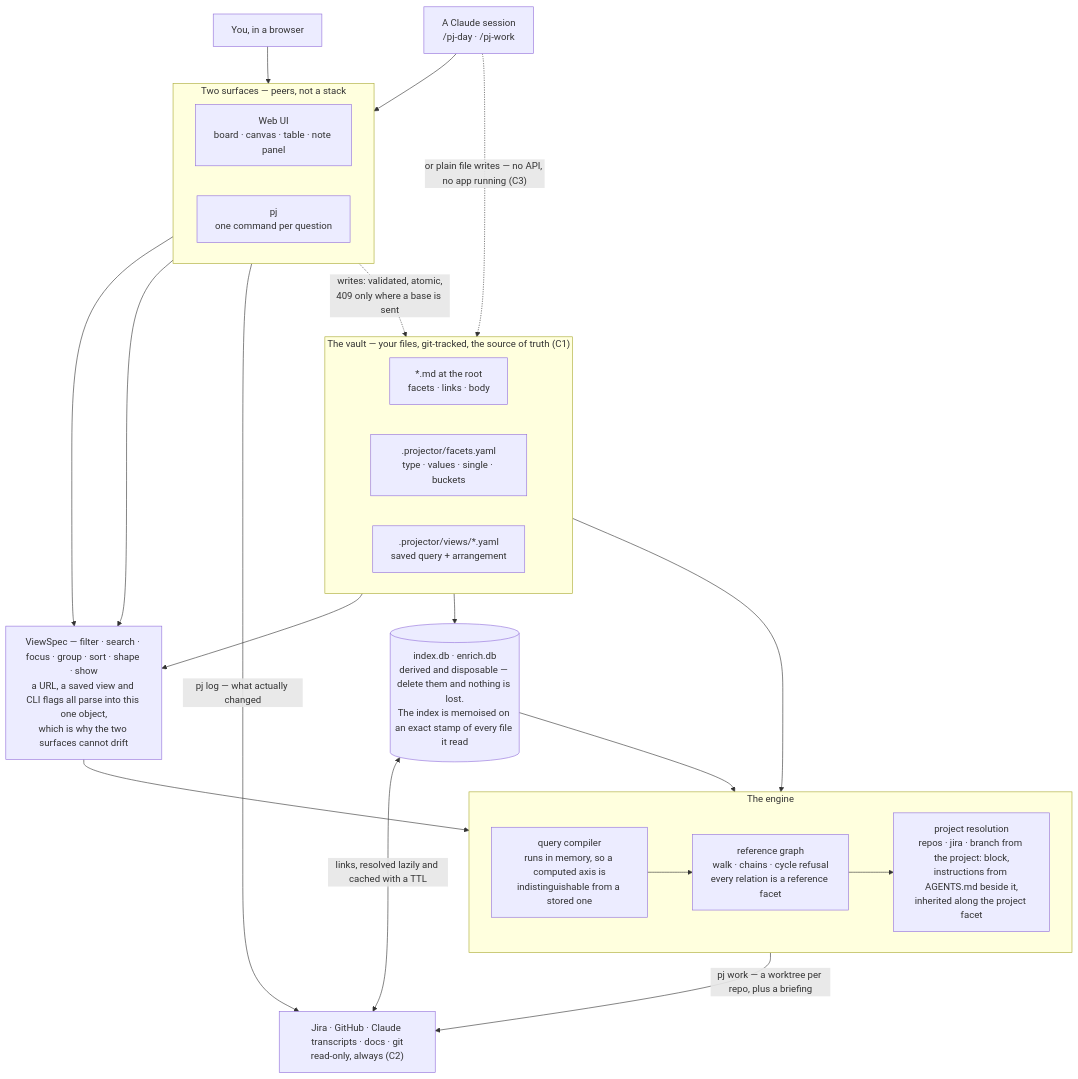
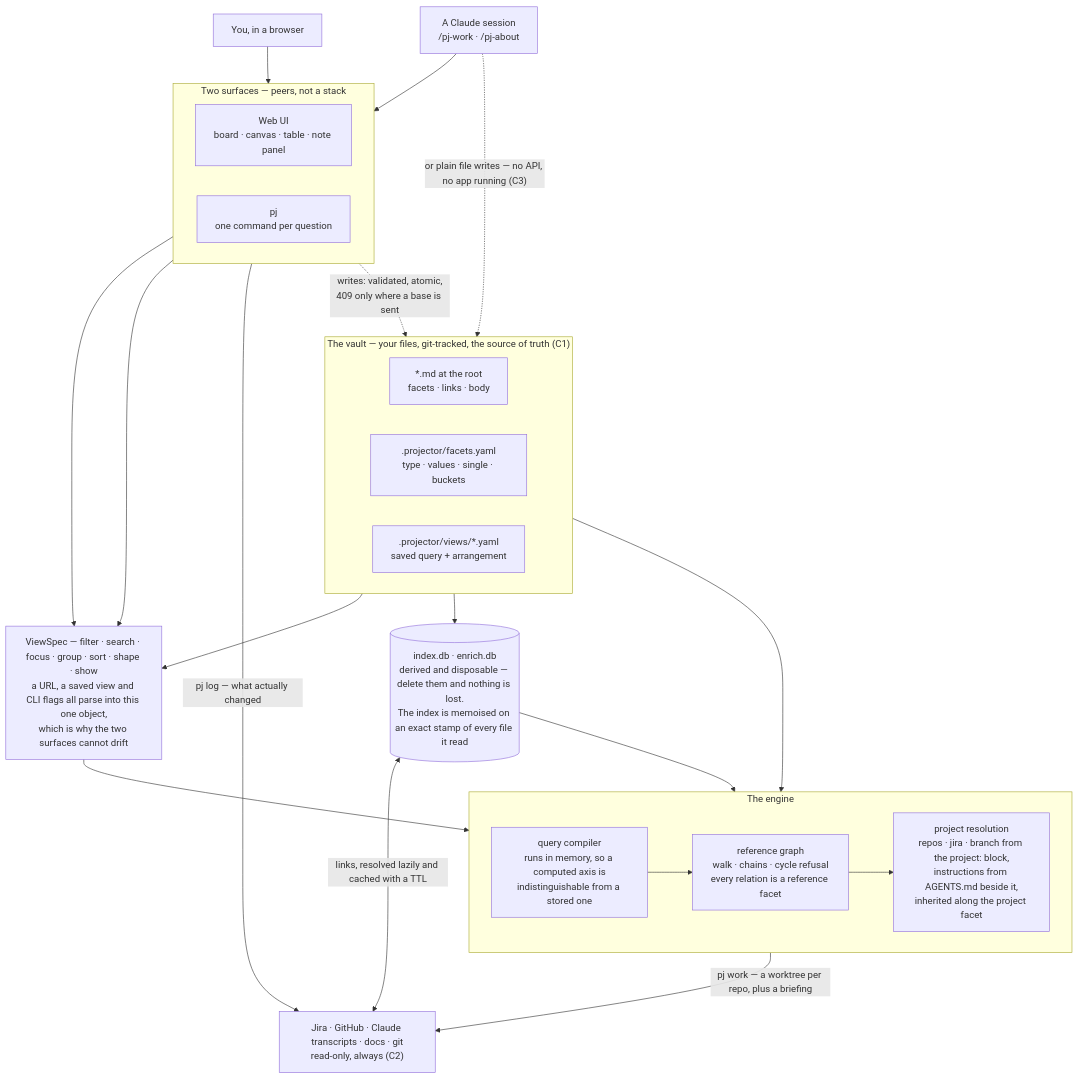
The diagram in docs/ARCHITECTURE.md (kramar42/projector), drawn with Mermaid before and after one commit. The commit also changed other lines of this file and 6 other files, not shown here.

````diff
--- a/docs/ARCHITECTURE.md
+++ b/docs/ARCHITECTURE.md
@@ -28,50 +28,50 @@
 ```mermaid
 flowchart TB
   subgraph vault["The vault — your files, git-tracked, the source of truth (C1)"]
     direction LR
     notes["*.md at the root<br/>facets · links · body"]
     fac[".projector/facets.yaml<br/>type · values · single · buckets"]
     vw[".projector/views/*.yaml<br/>saved query + arrangement"]
   end
 
   you["You, in a browser"]
-  agent["A Claude session<br/>/pj-day · /pj-work"]
+  agent["A Claude session<br/>/pj-work · /pj-about"]
 
   subgraph surfaces["Two surfaces — peers, not a stack"]
     direction LR
     ui["Web UI<br/>board · canvas · table · note panel"]
     pj["pj<br/>one command per question"]
   end
 
   idx[("index.db · enrich.db<br/>derived and disposable — delete them and nothing is lost.<br/>The index is memoised on an exact stamp of every file it read")]
 
   spec["ViewSpec — filter · search · focus · group · sort · shape · show<br/>a URL, a saved view and CLI flags all parse into this one object,<br/>which is why the two surfaces cannot drift"]
 
   subgraph engine["The engine"]
     direction LR
     q["query compiler<br/>runs in memory, so a computed axis is<br/>indistinguishable from a stored one"]
     refs["reference graph<br/>walk · chains · cycle refusal<br/>every relation is a reference facet"]
     proj["project resolution<br/>repos · jira · branch from the project: block,<br/>instructions from AGENTS.md beside it,<br/>inherited along the project facet"]
   end
 
   outside["Jira · GitHub · Claude transcripts · docs · git<br/>read-only, always (C2)"]
 
   you --> ui
   agent --> pj
   vault --> idx
   vw --> spec
   ui --> spec
   pj --> spec
   fac --> q
   spec --> q
   idx --> q
   q --> refs
   refs --> proj
 
   surfaces -.->|"writes: validated, atomic,<br/>409 only where a base is sent"| notes
   agent -.->|"or plain file writes — no API, no app running (C3)"| notes
 
   idx <-->|"links, resolved lazily and cached with a TTL"| outside
   proj -->|"pj work — a worktree per repo, plus a briefing"| outside
   pj -->|"pj log — what actually changed"| outside
 ```
````
